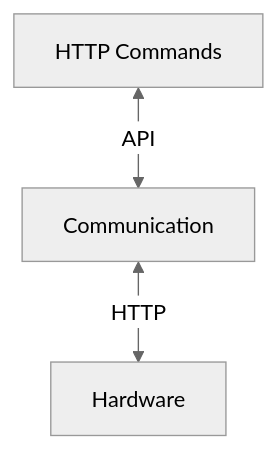
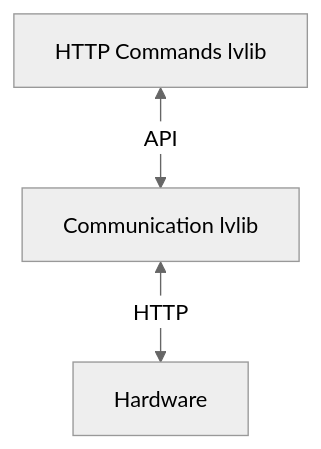
Before and after one commit to herzogengineering/SLUG25: the third of 5 diagrams in presentation/slug25.md, drawn with Mermaid (neutral theme). The commit also changed other lines of this file and 44 other files, not shown here.

````diff
--- a/presentation/slug25.md
+++ b/presentation/slug25.md
@@ -252,5 +257,5 @@
 ```mermaid
 flowchart TD
-    A[HTTP Commands] <-->|API| B[Communication]
+    A[HTTP Commands lvlib] <-->|API| B[Communication lvlib]
     B <-->|HTTP| C[Hardware]
 ```
````
